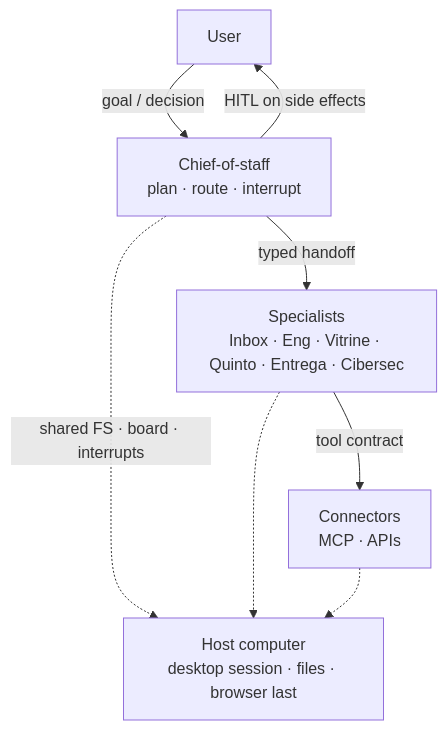
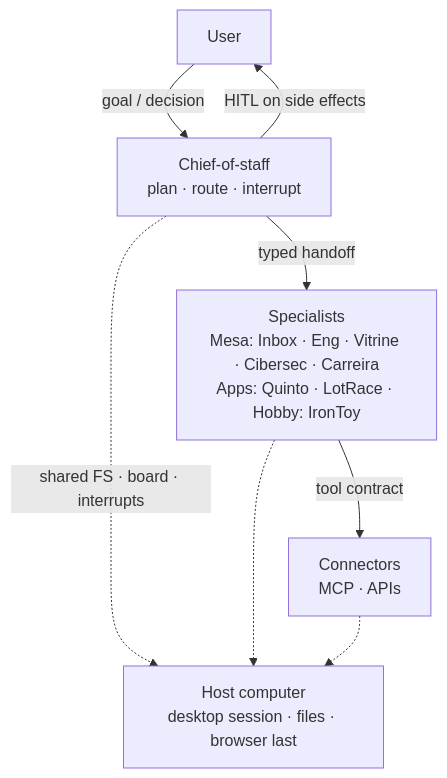
Before and after one commit to tiagovilasboas/grok-bot-architecture: the diagram in README.md, drawn with Mermaid. The commit also changed other lines of this file and 17 other files, not shown here.

````diff
--- a/README.md
+++ b/README.md
@@ -69,16 +69,16 @@
 ```mermaid
 flowchart TB
   User["User"]
   CoS["Chief-of-staff<br/>plan · route · interrupt"]
-  Specs["Specialists<br/>Inbox · Eng · Vitrine · Quinto · Entrega · Cibersec"]
+  Specs["Specialists<br/>Mesa: Inbox · Eng · Vitrine · Cibersec · Carreira<br/>Apps: Quinto · LotRace · Hobby: IronToy"]
   Conn["Connectors<br/>MCP · APIs"]
   Host["Host computer<br/>desktop session · files · browser last"]
 
   User -->|"goal / decision"| CoS
   CoS -->|"typed handoff"| Specs
   Specs -->|"tool contract"| Conn
   CoS -.->|"shared FS · board · interrupts"| Host
   Specs -.-> Host
   Conn -.-> Host
   CoS -->|"HITL on side effects"| User
 ```
````
